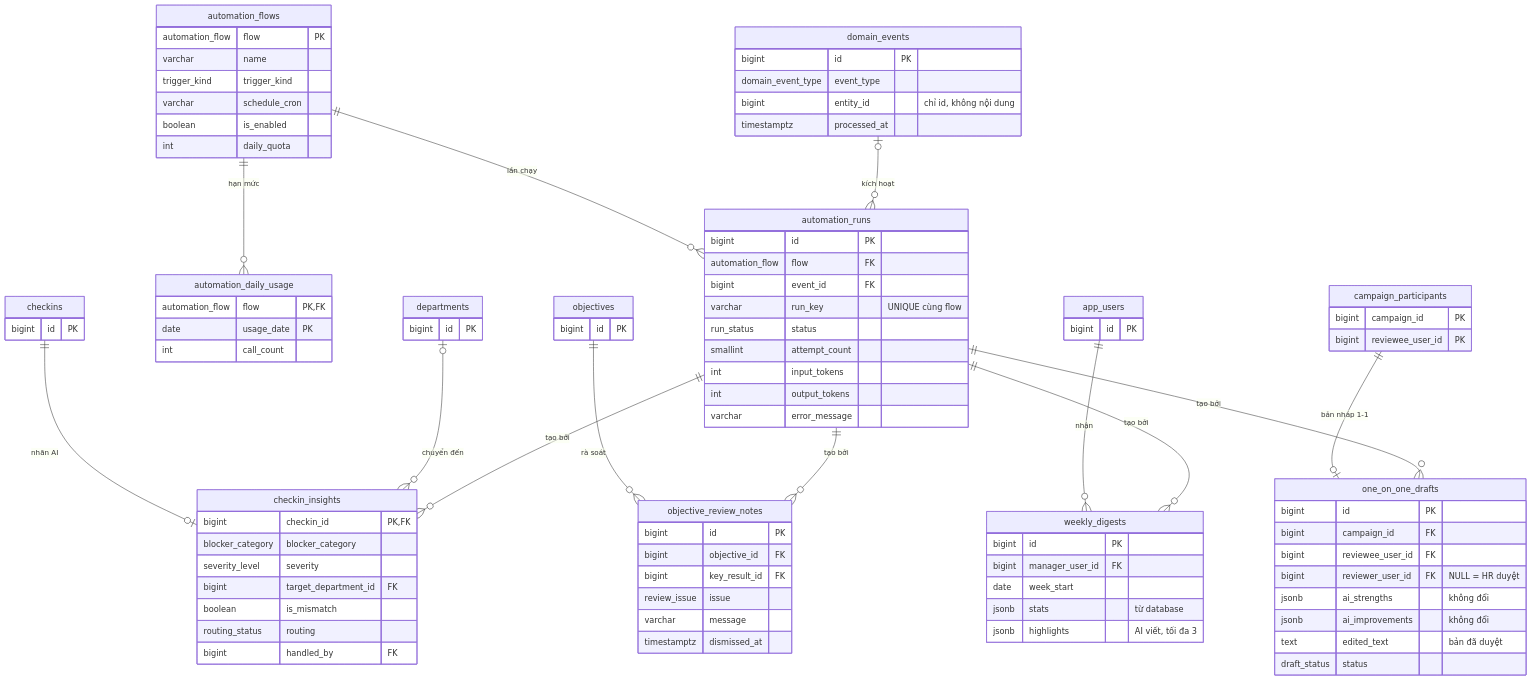
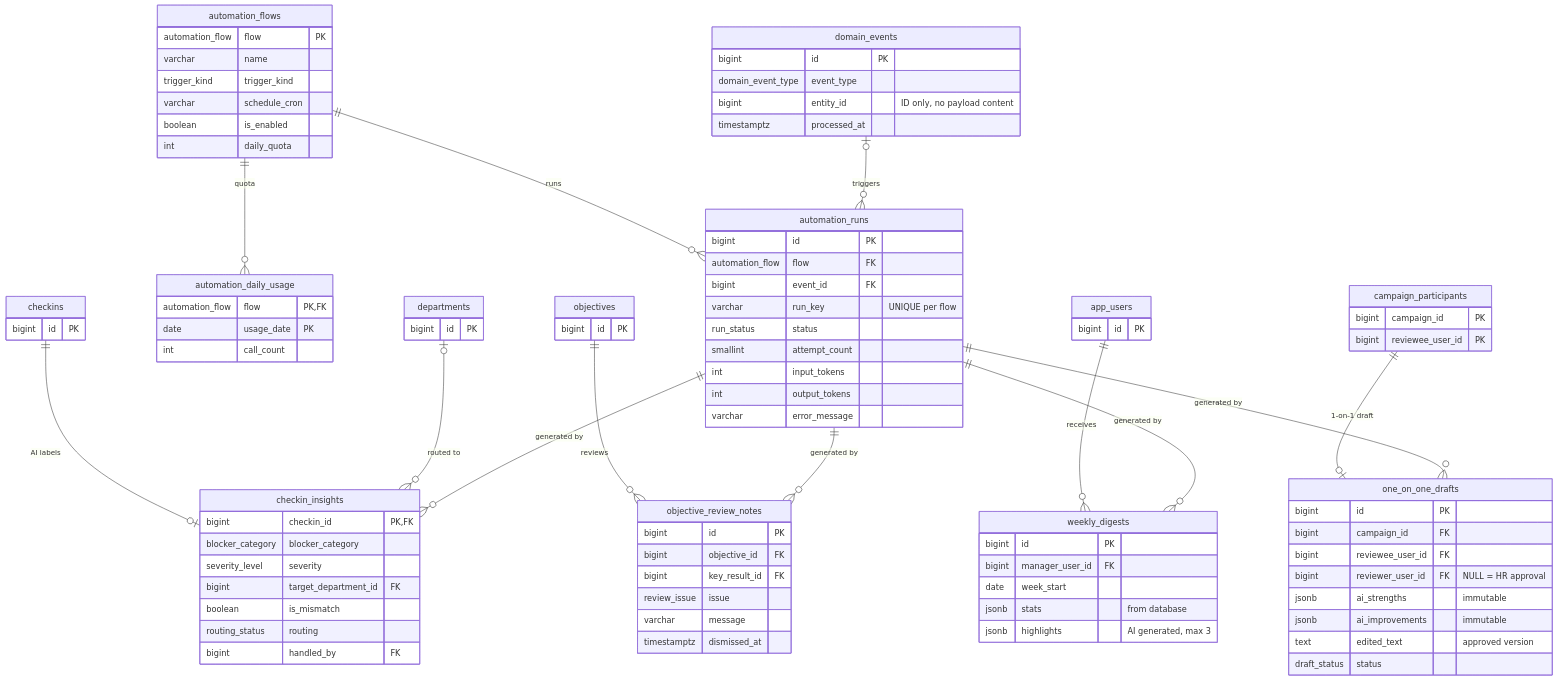
The third of 3 diagrams in docs/DATABASE.md (Akaza-ban/OCK-360), drawn with Mermaid before and after one commit. The commit also changed other lines of this file and 24 other files, not shown here.

````diff
--- a/docs/DATABASE.md
+++ b/docs/DATABASE.md
@@ -324,17 +324,17 @@
 ```mermaid
 erDiagram
-    automation_flows ||--o{ automation_runs : "lần chạy"
-    automation_flows ||--o{ automation_daily_usage : "hạn mức"
-    domain_events |o--o{ automation_runs : "kích hoạt"
-    checkins ||--o| checkin_insights : "nhãn AI"
-    departments |o--o{ checkin_insights : "chuyển đến"
-    automation_runs ||--o{ checkin_insights : "tạo bởi"
-    objectives ||--o{ objective_review_notes : "rà soát"
-    automation_runs ||--o{ objective_review_notes : "tạo bởi"
-    app_users ||--o{ weekly_digests : "nhận"
-    automation_runs ||--o{ weekly_digests : "tạo bởi"
-    campaign_participants ||--o| one_on_one_drafts : "bản nháp 1-1"
-    automation_runs ||--o{ one_on_one_drafts : "tạo bởi"
+    automation_flows ||--o{ automation_runs : "runs"
+    automation_flows ||--o{ automation_daily_usage : "quota"
+    domain_events |o--o{ automation_runs : "triggers"
+    checkins ||--o| checkin_insights : "AI labels"
+    departments |o--o{ checkin_insights : "routed to"
+    automation_runs ||--o{ checkin_insights : "generated by"
+    objectives ||--o{ objective_review_notes : "reviews"
+    automation_runs ||--o{ objective_review_notes : "generated by"
+    app_users ||--o{ weekly_digests : "receives"
+    automation_runs ||--o{ weekly_digests : "generated by"
+    campaign_participants ||--o| one_on_one_drafts : "1-on-1 draft"
+    automation_runs ||--o{ one_on_one_drafts : "generated by"
 
     checkins {
         bigint id PK
@@ -363,14 +363,14 @@
     domain_events {
         bigint id PK
         domain_event_type event_type
-        bigint entity_id "chỉ id, không nội dung"
+        bigint entity_id "ID only, no payload content"
         timestamptz processed_at
     }
     automation_runs {
         bigint id PK
         automation_flow flow FK
         bigint event_id FK
-        varchar run_key "UNIQUE cùng flow"
+        varchar run_key "UNIQUE per flow"
         run_status status
         smallint attempt_count
         int input_tokens
@@ -403,17 +403,17 @@
         bigint id PK
         bigint manager_user_id FK
         date week_start
-        jsonb stats "từ database"
-        jsonb highlights "AI viết, tối đa 3"
+        jsonb stats "from database"
+        jsonb highlights "AI generated, max 3"
     }
     one_on_one_drafts {
         bigint id PK
         bigint campaign_id FK
         bigint reviewee_user_id FK
-        bigint reviewer_user_id FK "NULL = HR duyệt"
-        jsonb ai_strengths "không đổi"
-        jsonb ai_improvements "không đổi"
-        text edited_text "bản đã duyệt"
+        bigint reviewer_user_id FK "NULL = HR approval"
+        jsonb ai_strengths "immutable"
+        jsonb ai_improvements "immutable"
+        text edited_text "approved version"
         draft_status status
     }
 ```
````
